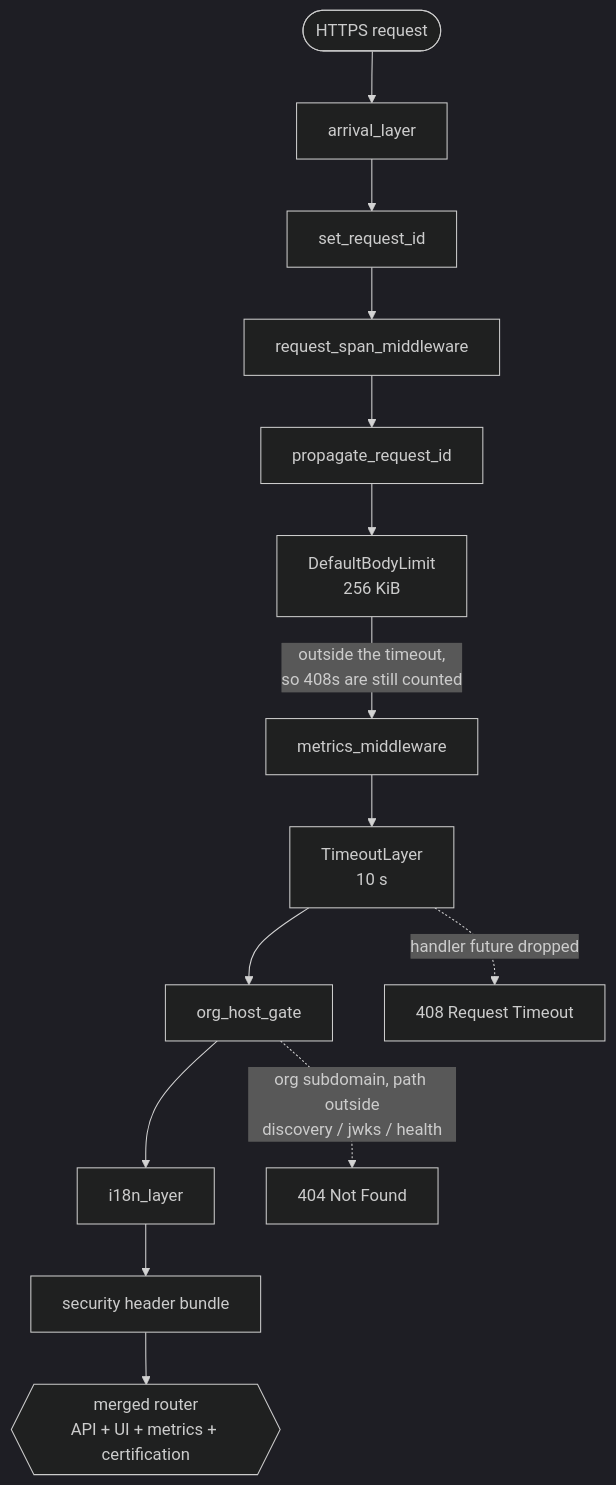
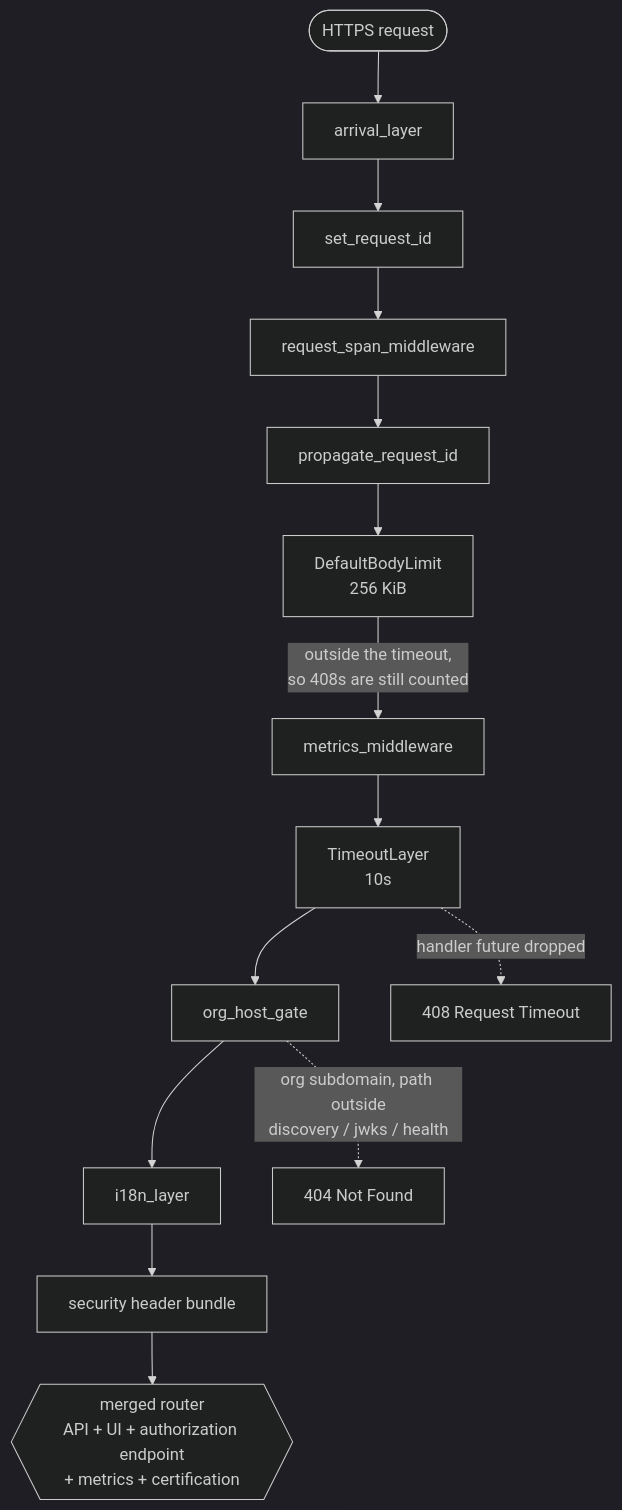
The second of 8 diagrams in crates/vouch-server/ARCHITECTURE.md (vouch-sh/vouch), drawn with Mermaid (dark theme) before and after one commit. The commit also changed other lines of this file, not shown here.

````diff
--- a/crates/vouch-server/ARCHITECTURE.md
+++ b/crates/vouch-server/ARCHITECTURE.md
@@ -108,16 +129,16 @@
 ```mermaid
 flowchart TB
   req(["HTTPS request"]) --> l0["arrival_layer"]
   l0 --> l1["set_request_id"]
   l1 --> l2["request_span_middleware"]
   l2 --> l3["propagate_request_id"]
   l3 --> l4["DefaultBodyLimit<br/>256 KiB"]
   l4 -- "outside the timeout,<br/>so 408s are still counted" --> l5["metrics_middleware"]
-  l5 --> l6["TimeoutLayer<br/>10 s"]
+  l5 --> l6["TimeoutLayer<br/>10s"]
   l6 --> l7["org_host_gate"]
   l7 --> l8["i18n_layer"]
   l8 --> l9["security header bundle"]
-  l9 --> grp{{"merged router<br/>API + UI + metrics + certification"}}
+  l9 --> grp{{"merged router<br/>API + UI + authorization endpoint<br/>+ metrics + certification"}}
   l6 -. "handler future dropped" .-> to["408 Request Timeout"]
   l7 -. "org subdomain, path outside<br/>discovery / jwks / health" .-> nf["404 Not Found"]
 ```
````
